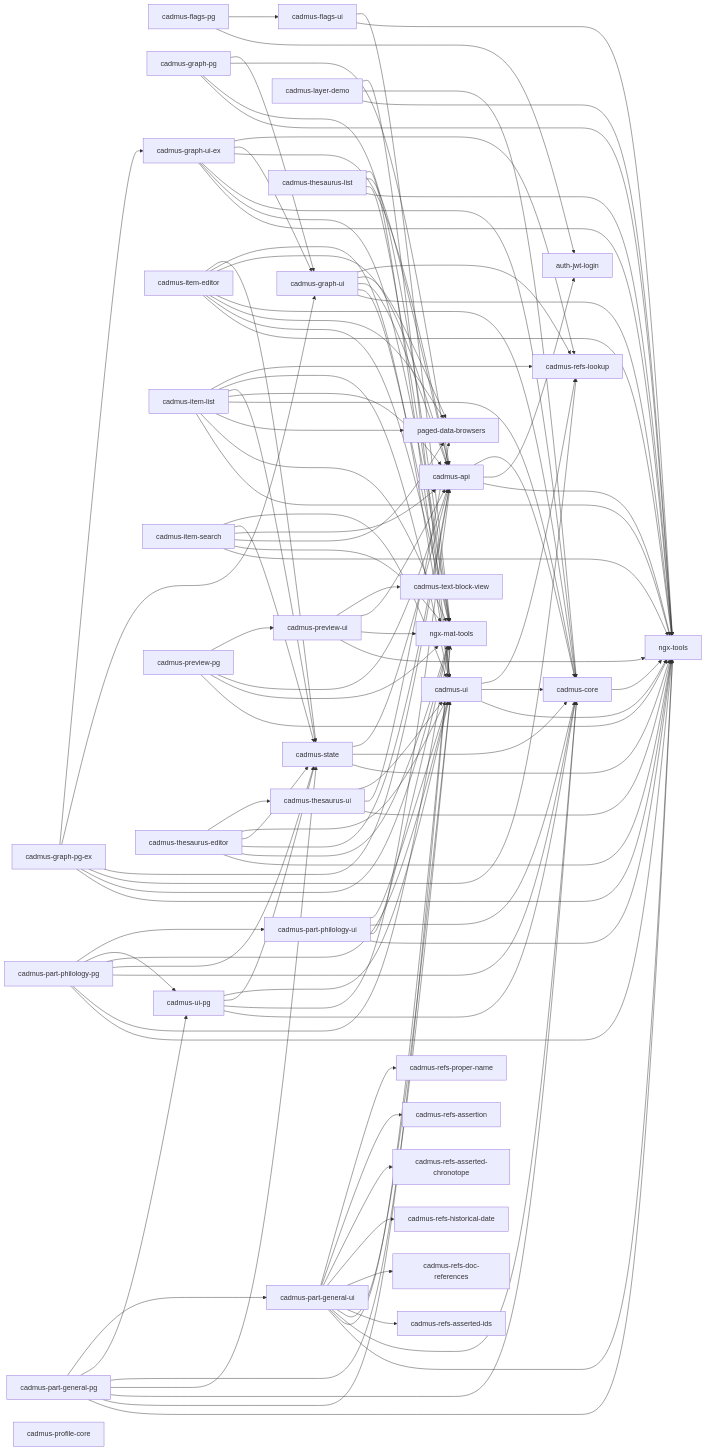
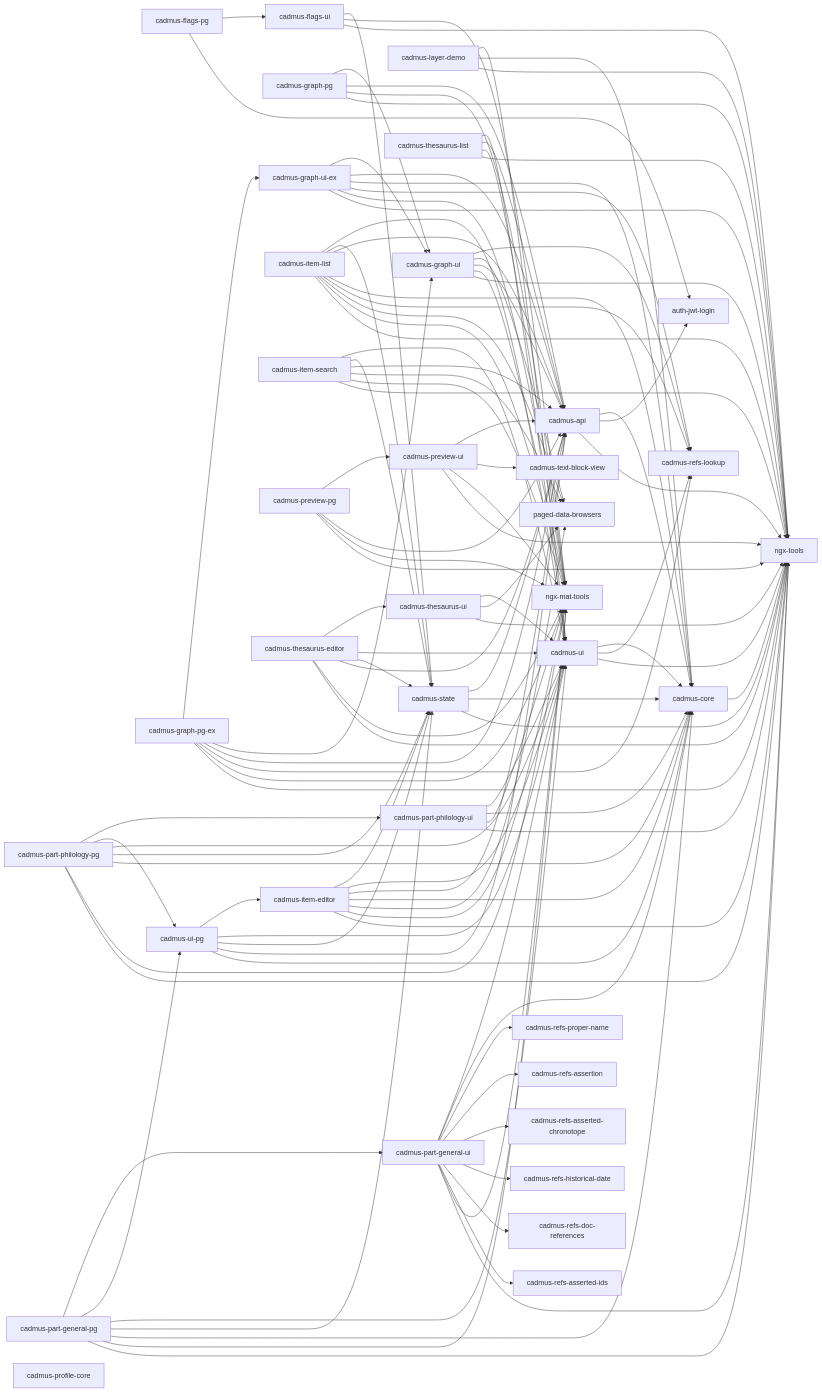
One commit to vedph/cadmus-doc changed the diagram in frontend/shell.md. Above: the diagram before and after it, drawn with Mermaid.

````diff
--- a/frontend/shell.md
+++ b/frontend/shell.md
@@ -19,6 +19,7 @@
   cadmus-flags-pg --> cadmus-flags-ui
   cadmus-flags-ui --> ngx-tools
   cadmus-flags-ui --> ngx-mat-tools
+  cadmus-flags-ui --> cadmus-state
   cadmus-graph-pg --> ngx-tools
   cadmus-graph-pg --> ngx-mat-tools
   cadmus-graph-pg --> cadmus-api
@@ -36,10 +37,10 @@
   cadmus-graph-ui --> cadmus-refs-lookup
   cadmus-graph-ui-ex --> ngx-tools
   cadmus-graph-ui-ex --> ngx-mat-tools
+  cadmus-graph-ui-ex --> cadmus-refs-lookup
   cadmus-graph-ui-ex --> cadmus-core
   cadmus-graph-ui-ex --> cadmus-api
   cadmus-graph-ui-ex --> cadmus-graph-ui
-  cadmus-graph-ui-ex --> cadmus-refs-lookup
   cadmus-item-editor --> ngx-tools
   cadmus-item-editor --> ngx-mat-tools
   cadmus-item-editor --> paged-data-browsers
@@ -50,11 +51,11 @@
   cadmus-item-list --> ngx-tools
   cadmus-item-list --> ngx-mat-tools
   cadmus-item-list --> paged-data-browsers
+  cadmus-item-list --> cadmus-refs-lookup
   cadmus-item-list --> cadmus-core
   cadmus-item-list --> cadmus-api
   cadmus-item-list --> cadmus-state
   cadmus-item-list --> cadmus-ui
-  cadmus-item-list --> cadmus-refs-lookup
   cadmus-item-search --> ngx-tools
   cadmus-item-search --> ngx-mat-tools
   cadmus-item-search --> paged-data-browsers
@@ -73,14 +74,14 @@
   cadmus-part-general-pg --> cadmus-part-general-ui
   cadmus-part-general-ui --> ngx-tools
   cadmus-part-general-ui --> ngx-mat-tools
-  cadmus-part-general-ui --> cadmus-core
-  cadmus-part-general-ui --> cadmus-ui
   cadmus-part-general-ui --> cadmus-refs-asserted-ids
   cadmus-part-general-ui --> cadmus-refs-doc-references
   cadmus-part-general-ui --> cadmus-refs-historical-date
   cadmus-part-general-ui --> cadmus-refs-asserted-chronotope
   cadmus-part-general-ui --> cadmus-refs-assertion
   cadmus-part-general-ui --> cadmus-refs-proper-name
+  cadmus-part-general-ui --> cadmus-core
+  cadmus-part-general-ui --> cadmus-ui
   cadmus-part-philology-pg --> ngx-tools
   cadmus-part-philology-pg --> ngx-mat-tools
   cadmus-part-philology-pg --> cadmus-core
@@ -98,8 +99,8 @@
   cadmus-preview-pg --> cadmus-preview-ui
   cadmus-preview-ui --> ngx-tools
   cadmus-preview-ui --> ngx-mat-tools
+  cadmus-preview-ui --> cadmus-text-block-view
   cadmus-preview-ui --> cadmus-api
-  cadmus-preview-ui --> cadmus-text-block-view
   cadmus-profile-core
   cadmus-state --> ngx-tools
   cadmus-state --> cadmus-core
@@ -118,10 +119,11 @@
   cadmus-thesaurus-ui --> paged-data-browsers
   cadmus-thesaurus-ui --> cadmus-ui
   cadmus-ui --> ngx-tools
+  cadmus-ui --> cadmus-refs-lookup
   cadmus-ui --> cadmus-core
-  cadmus-ui --> cadmus-refs-lookup
   cadmus-ui-pg --> cadmus-core
   cadmus-ui-pg --> cadmus-api
   cadmus-ui-pg --> cadmus-state
   cadmus-ui-pg --> cadmus-ui
+  cadmus-ui-pg --> cadmus-item-editor
 ```
````
